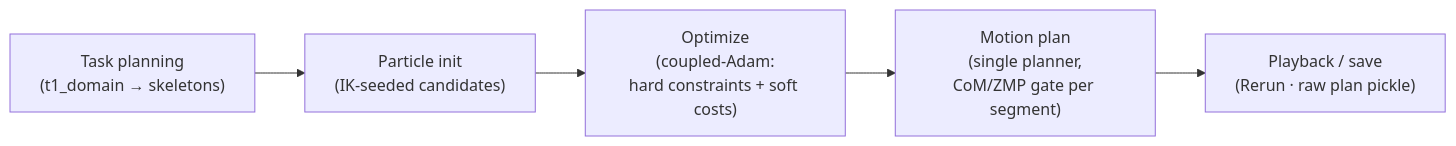
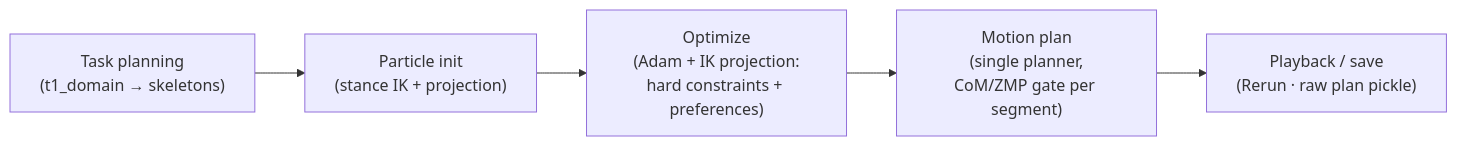
One commit to helpYoon/cuTAMP changed the diagram in README.md. Above: the diagram before and after it, drawn with Mermaid. The commit also changed other lines of this file and 64 other files, not shown here.

````diff
--- a/README.md
+++ b/README.md
@@ -164,7 +164,7 @@
 ```mermaid
 graph LR
-    A["Task planning<br/>(t1_domain → skeletons)"] --> B["Particle init<br/>(IK-seeded candidates)"]
-    B --> C["Optimize<br/>(coupled-Adam:<br/>hard constraints + soft costs)"]
+    A["Task planning<br/>(t1_domain → skeletons)"] --> B["Particle init<br/>(stance IK + projection)"]
+    B --> C["Optimize<br/>(Adam + IK projection:<br/>hard constraints + preferences)"]
     C --> D["Motion plan<br/>(single planner,<br/>CoM/ZMP gate per segment)"]
     D --> E["Playback / save<br/>(Rerun · raw plan pickle)"]
 ```
````
